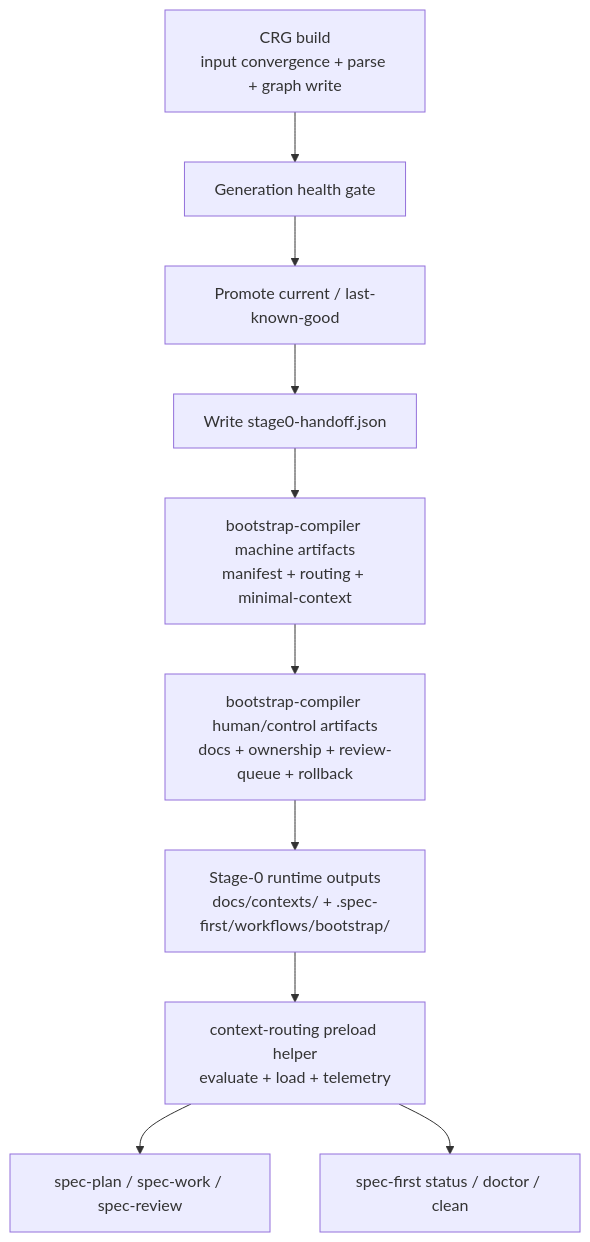
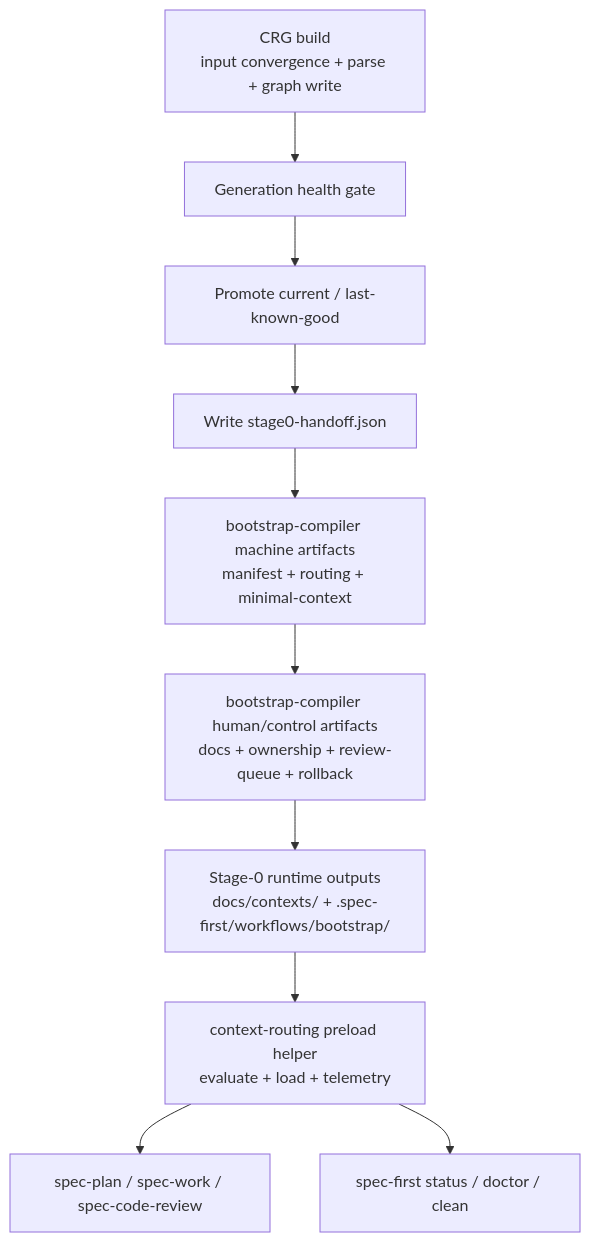
The first of 2 diagrams in docs/plans/2026-04-16-014-refactor-unified-crg-stage0-execution-plan.md (ajiao7240/spec-first), drawn with Mermaid before and after one commit. The commit also changed other lines of this file and 731 other files, not shown here.

````diff
--- a/docs/plans/2026-04-16-014-refactor-unified-crg-stage0-execution-plan.md
+++ b/docs/plans/2026-04-16-014-refactor-unified-crg-stage0-execution-plan.md
@@ -255,12 +255,12 @@
 ```mermaid
 flowchart TB
   A[CRG build<br/>input convergence + parse + graph write] --> B[Generation health gate]
   B --> C[Promote current / last-known-good]
   C --> D[Write stage0-handoff.json]
   D --> E[bootstrap-compiler machine artifacts<br/>manifest + routing + minimal-context]
   E --> F[bootstrap-compiler human/control artifacts<br/>docs + ownership + review-queue + rollback]
   F --> G[Stage-0 runtime outputs<br/>docs/contexts/<slug> + .spec-first/workflows/bootstrap/<slug>]
   G --> H[context-routing preload helper<br/>evaluate + load + telemetry]
-  H --> I[spec-plan / spec-work / spec-review]
+  H --> I[spec-plan / spec-work / spec-code-review]
   H --> J[spec-first status / doctor / clean]
 ```
````
